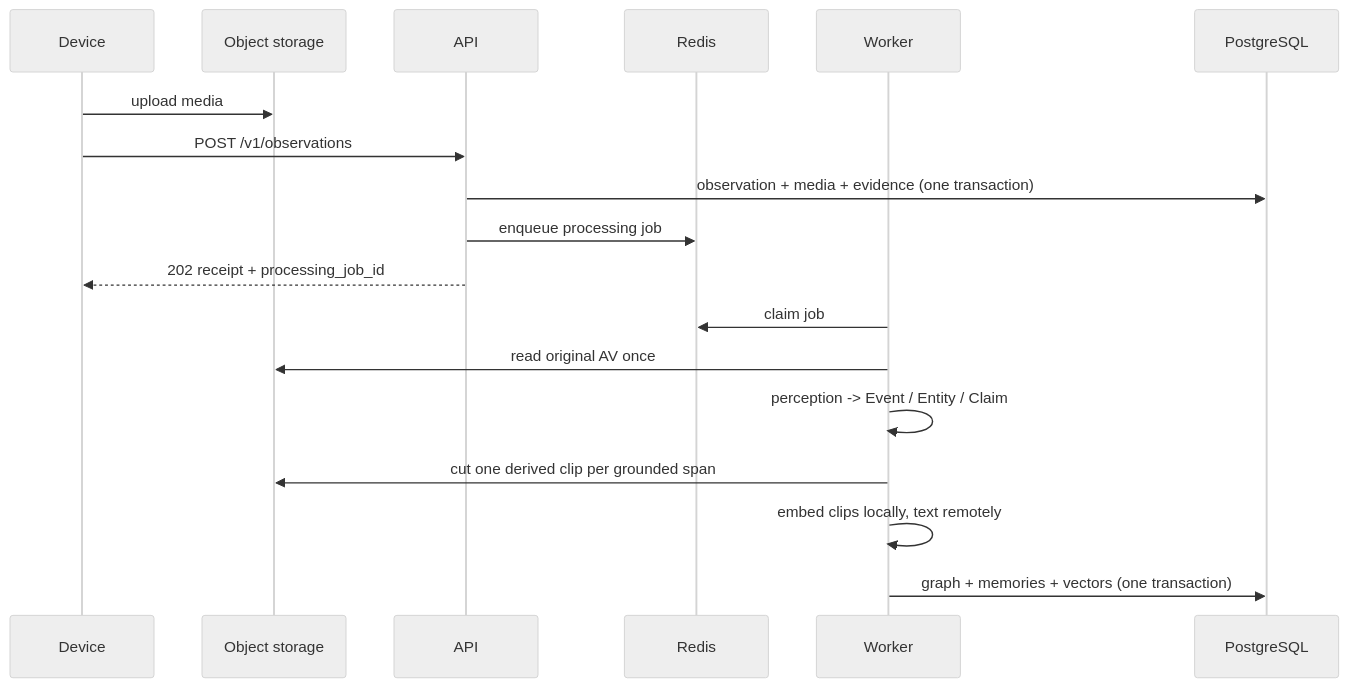
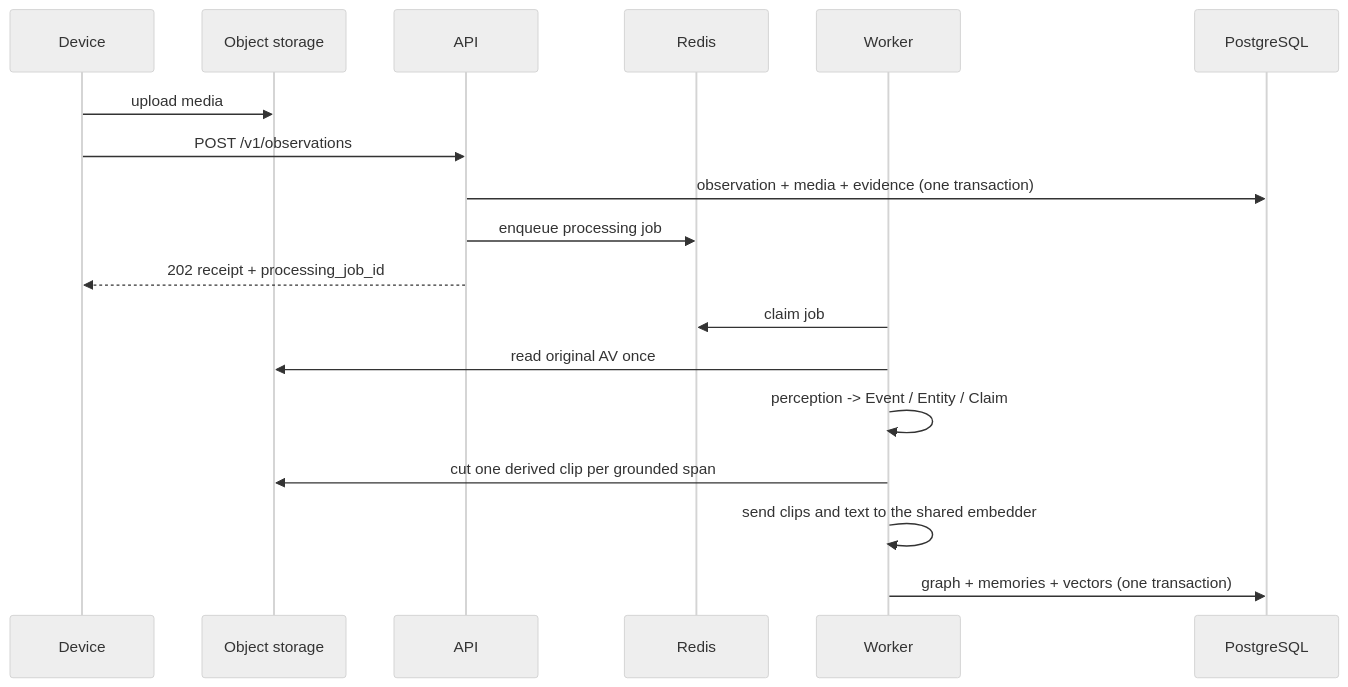
Before and after one commit to EventHorizon-Lab/MindBridge: the second of 3 diagrams in docs/architecture.md, drawn with Mermaid (neutral theme). The commit also changed other lines of this file and 21 other files, not shown here.

````diff
--- a/docs/architecture.md
+++ b/docs/architecture.md
@@ -88,21 +85,21 @@
 ```mermaid
 sequenceDiagram
   participant D as Device
   participant S as Object storage
   participant A as API
   participant Q as Redis
   participant W as Worker
   participant P as PostgreSQL
 
   D->>S: upload media
   D->>A: POST /v1/observations
   A->>P: observation + media + evidence (one transaction)
   A->>Q: enqueue processing job
   A-->>D: 202 receipt + processing_job_id
   W->>Q: claim job
   W->>S: read original AV once
   W->>W: perception -> Event / Entity / Claim
   W->>S: cut one derived clip per grounded span
-  W->>W: embed clips locally, text remotely
+  W->>W: send clips and text to the shared embedder
   W->>P: graph + memories + vectors (one transaction)
 ```
````
